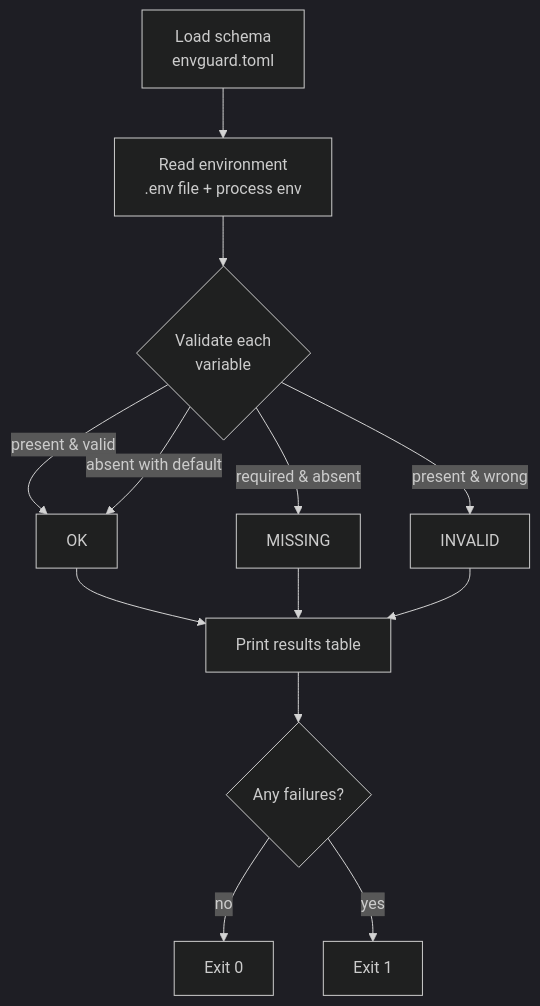
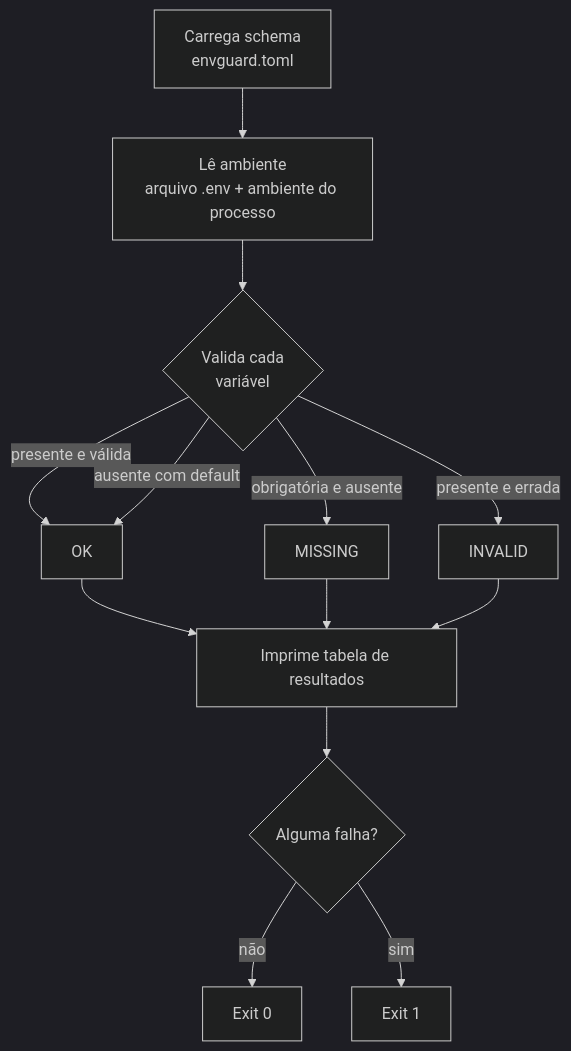
Before and after one commit to geoggrigori/envguard: the diagram in README.md, drawn with Mermaid (dark theme). The commit also changed other lines of this file, not shown here.

Commit message:
docs: restructure README (PT default) — title banner, language switcher

````diff
--- a/README.md
+++ b/README.md
@@ -31,15 +54,15 @@
 ```mermaid
 flowchart TD
-    A[Load schema<br/>envguard.toml] --> B[Read environment<br/>.env file + process env]
-    B --> C{Validate each<br/>variable}
-    C -->|present & valid| D[OK]
-    C -->|required & absent| E[MISSING]
-    C -->|present & wrong| F[INVALID]
-    C -->|absent with default| D
-    D --> G[Print results table]
+    A[Carrega schema<br/>envguard.toml] --> B[Lê ambiente<br/>arquivo .env + ambiente do processo]
+    B --> C{Valida cada<br/>variável}
+    C -->|presente e válida| D[OK]
+    C -->|obrigatória e ausente| E[MISSING]
+    C -->|presente e errada| F[INVALID]
+    C -->|ausente com default| D
+    D --> G[Imprime tabela de resultados]
     E --> G
     F --> G
-    G --> H{Any failures?}
-    H -->|no| I[Exit 0]
-    H -->|yes| J[Exit 1]
+    G --> H{Alguma falha?}
+    H -->|não| I[Exit 0]
+    H -->|sim| J[Exit 1]
 ```
````
